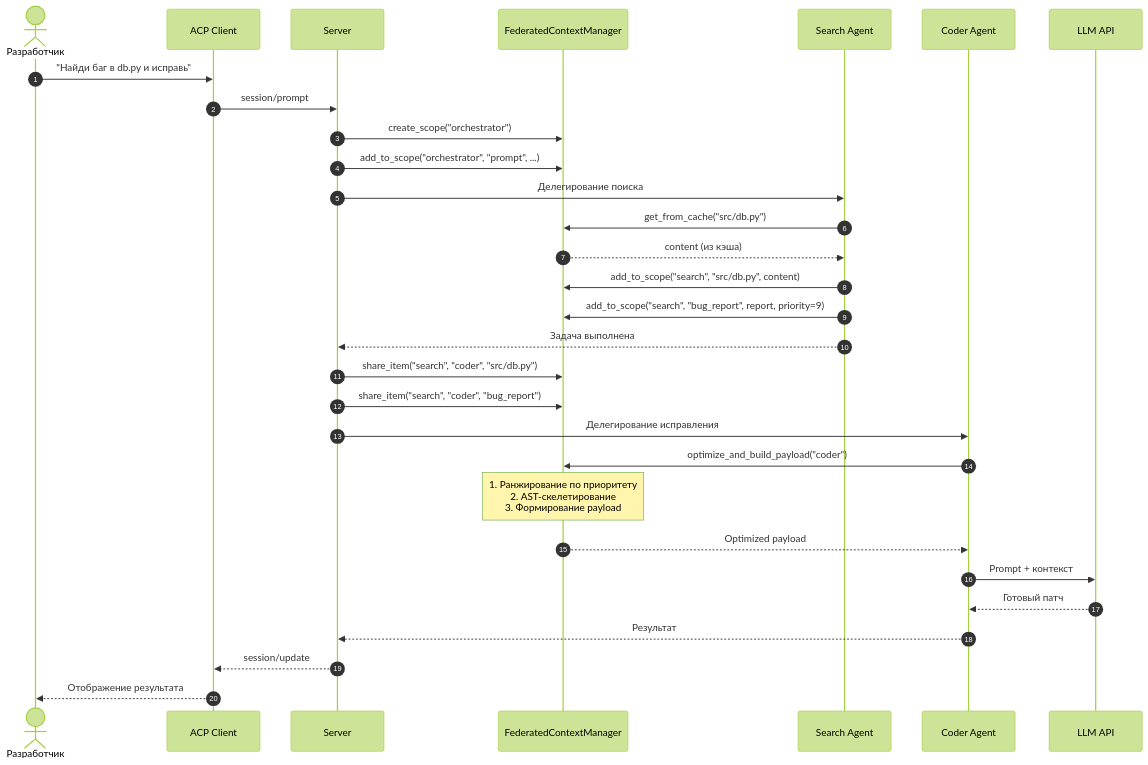
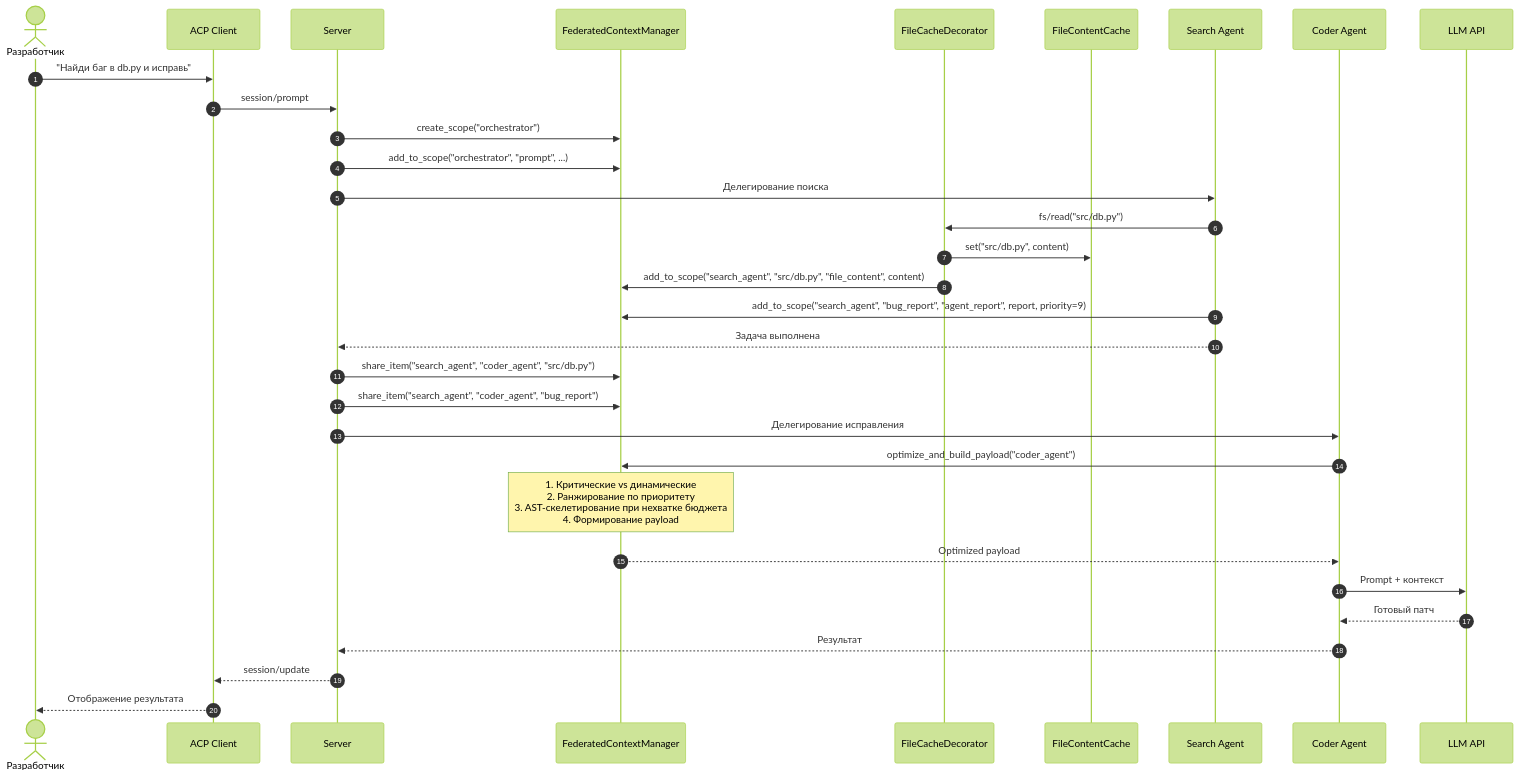
Before and after one commit to pese-git/codelab-agent: the second of 10 diagrams in doc/internals/architecture/fcm/DIAGRAMS.md, drawn with Mermaid (forest theme). The commit also changed other lines of this file and 7 other files, not shown here.

````diff
--- a/doc/internals/architecture/fcm/DIAGRAMS.md
+++ b/doc/internals/architecture/fcm/DIAGRAMS.md
@@ -103,40 +121,41 @@
 ```mermaid
 sequenceDiagram
     autonumber
     actor User as Разработчик
     participant Client as ACP Client
     participant Server as Server
     participant FCM as FederatedContextManager
+    participant Dec as FileCacheDecorator
+    participant Cache as FileContentCache
     participant Search as Search Agent
     participant Coder as Coder Agent
     participant LLM as LLM API
-    
+
     User->>Client: "Найди баг в db.py и исправь"
     Client->>Server: session/prompt
-    
+
     Server->>FCM: create_scope("orchestrator")
     Server->>FCM: add_to_scope("orchestrator", "prompt", ...)
-    
+
     Server->>Search: Делегирование поиска
-    Search->>FCM: get_from_cache("src/db.py")
-    FCM-->>Search: content (из кэша)
-    
-    Search->>FCM: add_to_scope("search", "src/db.py", content)
-    Search->>FCM: add_to_scope("search", "bug_report", report, priority=9)
+    Search->>Dec: fs/read("src/db.py")
+    Dec->>Cache: set("src/db.py", content)
+    Dec->>FCM: add_to_scope("search_agent", "src/db.py", "file_content", content)
+    Search->>FCM: add_to_scope("search_agent", "bug_report", "agent_report", report, priority=9)
     Search-->>Server: Задача выполнена
-    
-    Server->>FCM: share_item("search", "coder", "src/db.py")
-    Server->>FCM: share_item("search", "coder", "bug_report")
-    
+
+    Server->>FCM: share_item("search_agent", "coder_agent", "src/db.py")
+    Server->>FCM: share_item("search_agent", "coder_agent", "bug_report")
+
     Server->>Coder: Делегирование исправления
-    Coder->>FCM: optimize_and_build_payload("coder")
-    
-    Note over FCM: 1. Ранжирование по приоритету<br/>2. AST-скелетирование<br/>3. Формирование payload
-    
+    Coder->>FCM: optimize_and_build_payload("coder_agent")
+
+    Note over FCM: 1. Критические vs динамические<br/>2. Ранжирование по приоритету<br/>3. AST-скелетирование при нехватке бюджета<br/>4. Формирование payload
+
     FCM-->>Coder: Optimized payload
     Coder->>LLM: Prompt + контекст
     LLM-->>Coder: Готовый патч
     Coder-->>Server: Результат
     Server-->>Client: session/update
     Client-->>User: Отображение результата
 ```
````
